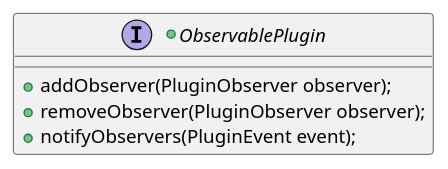
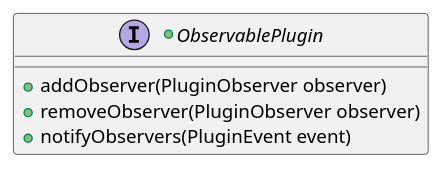
One commit to calypsonet/keyple changed diagram 21 of 39 in src/KeypleCoreApi/ApplicationApi/puml/KeypleCore-ApplicationApi-ClassDiag-SE_Proxy-ClassElements.iuml. Above: the diagram before and after it, drawn with PlantUML. The commit also changed other lines of this file and 19 other files, not shown here.

```diff
--- a/src/KeypleCoreApi/ApplicationApi/puml/KeypleCore-ApplicationApi-ClassDiag-SE_Proxy-ClassElements.iuml
+++ b/src/KeypleCoreApi/ApplicationApi/puml/KeypleCore-ApplicationApi-ClassDiag-SE_Proxy-ClassElements.iuml
@@ -234,7 +234,7 @@
 @startuml(id=SEPROXY_OBSERVABLEPLUGIN_0_8)
 +interface ObservablePlugin {
-  +addObserver(PluginObserver observer);
-  +removeObserver(PluginObserver observer);
-  +notifyObservers(PluginEvent event);
+  +addObserver(PluginObserver observer)
+  +removeObserver(PluginObserver observer)
+  +notifyObservers(PluginEvent event)
 }
 @enduml
```
